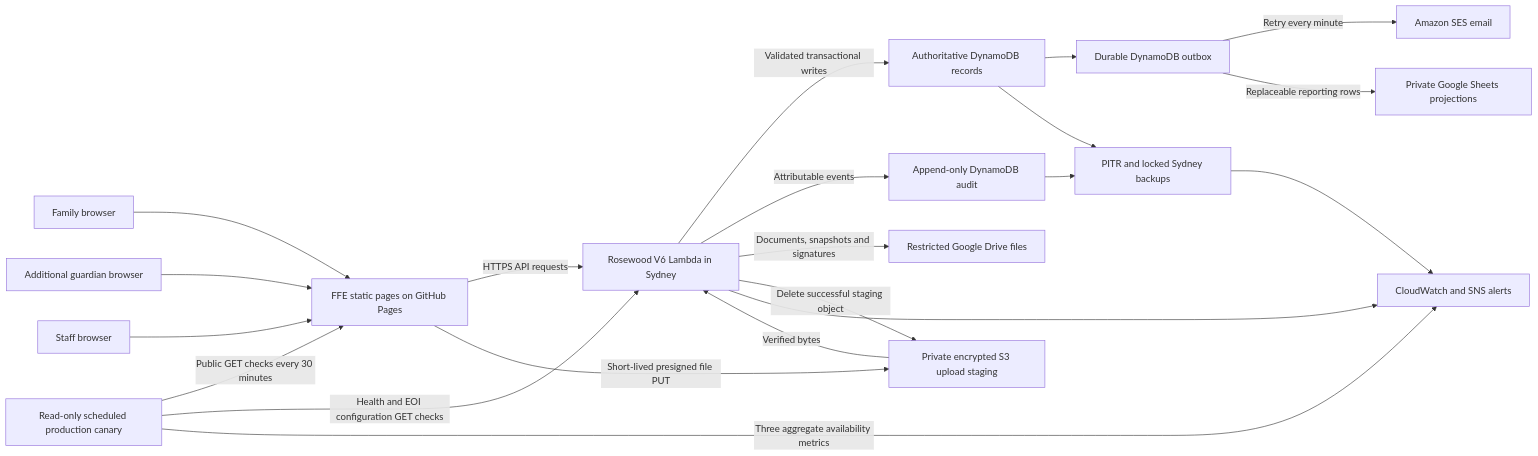
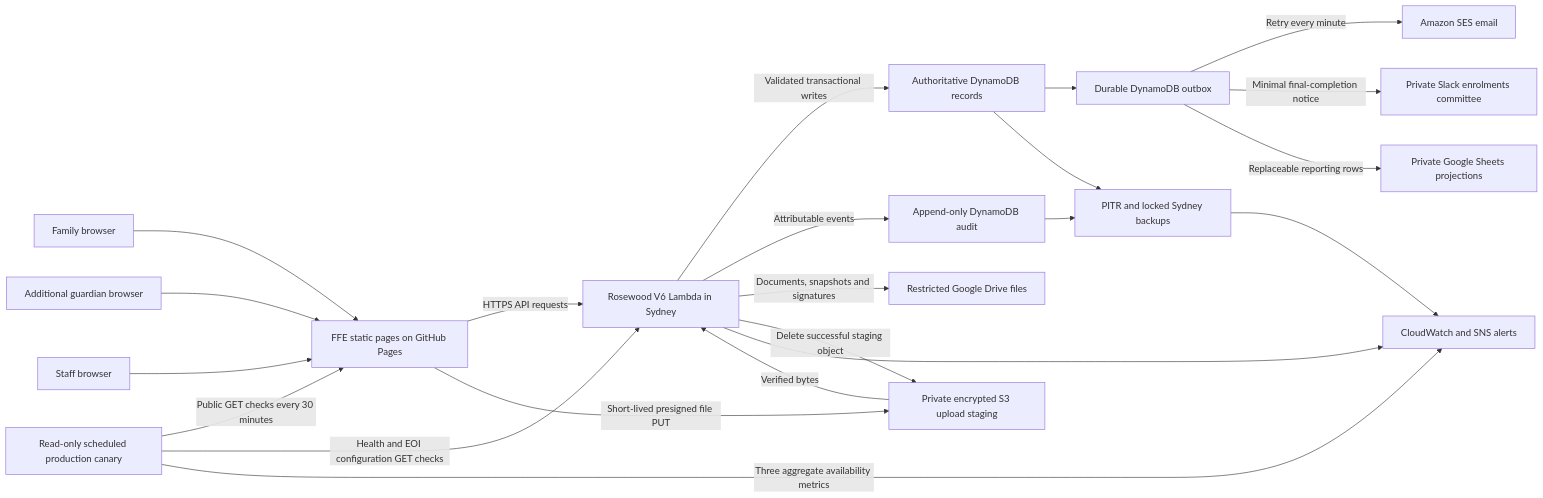
The first of 14 diagrams in Rosewood enrolment/v6/DATA-PROCESS-MAP.md (Martin-Reinoso/independentschoolwest), drawn with Mermaid before and after one commit. The commit also changed other lines of this file and 13 other files, not shown here.

Commit message:
Add Slack completion notifications to Rosewood enrolment

````diff
--- a/Rosewood enrolment/v6/DATA-PROCESS-MAP.md
+++ b/Rosewood enrolment/v6/DATA-PROCESS-MAP.md
@@ -50,39 +50,41 @@
 ```mermaid
 flowchart LR
     Family["Family browser"]
     Guardian["Additional guardian browser"]
     Staff["Staff browser"]
     Pages["FFE static pages on GitHub Pages"]
     Lambda["Rosewood V6 Lambda in Sydney"]
     MainDB["Authoritative DynamoDB records"]
     AuditDB["Append-only DynamoDB audit"]
     Staging["Private encrypted S3 upload staging"]
     Drive["Restricted Google Drive files"]
     Outbox["Durable DynamoDB outbox"]
     SES["Amazon SES email"]
+    Slack["Private Slack enrolments committee"]
     Sheets["Private Google Sheets projections"]
     Backup["PITR and locked Sydney backups"]
     Canary["Read-only scheduled production canary"]
     Alerts["CloudWatch and SNS alerts"]
 
     Family --> Pages
     Guardian --> Pages
     Staff --> Pages
     Pages -->|"HTTPS API requests"| Lambda
     Pages -->|"Short-lived presigned file PUT"| Staging
     Lambda -->|"Validated transactional writes"| MainDB
     Lambda -->|"Attributable events"| AuditDB
     Staging -->|"Verified bytes"| Lambda
     Lambda -->|"Documents, snapshots and signatures"| Drive
     Lambda -->|"Delete successful staging object"| Staging
     MainDB --> Outbox
     Outbox -->|"Retry every minute"| SES
+    Outbox -->|"Minimal final-completion notice"| Slack
     Outbox -->|"Replaceable reporting rows"| Sheets
     MainDB --> Backup
     AuditDB --> Backup
     Canary -->|"Public GET checks every 30 minutes"| Pages
     Canary -->|"Health and EOI configuration GET checks"| Lambda
     Canary -->|"Three aggregate availability metrics"| Alerts
     Lambda --> Alerts
     Backup --> Alerts
 ```
````
